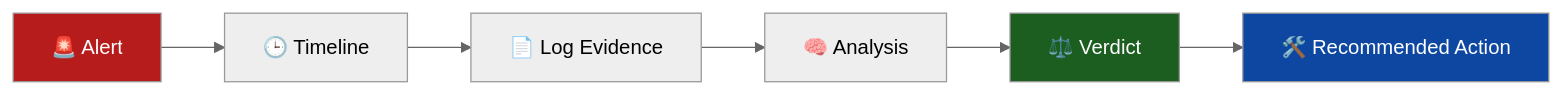
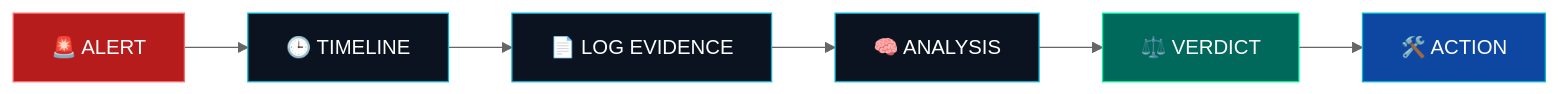
The diagram in README.md (adiiitya01/adiiitya01), drawn with Mermaid (neutral theme) before and after one commit. The commit also changed other lines of this file, not shown here.

````diff
--- a/README.md
+++ b/README.md
@@ -53,11 +86,14 @@
 ```mermaid
 flowchart LR
-    A[🚨 Alert] --> B[🕒 Timeline]
-    B --> C[📄 Log Evidence]
-    C --> D[🧠 Analysis]
-    D --> E[⚖️ Verdict]
-    E --> F[🛠️ Recommended Action]
-    style A fill:#b71c1c,color:#fff
-    style E fill:#1b5e20,color:#fff
-    style F fill:#0d47a1,color:#fff
+    A["🚨 ALERT"] --> B["🕒 TIMELINE"]
+    B --> C["📄 LOG EVIDENCE"]
+    C --> D["🧠 ANALYSIS"]
+    D --> E["⚖️ VERDICT"]
+    E --> F["🛠️ ACTION"]
+    style A fill:#b71c1c,stroke:#ff6b6b,color:#fff
+    style B fill:#0b1220,stroke:#00b8d9,color:#fff
+    style C fill:#0b1220,stroke:#00b8d9,color:#fff
+    style D fill:#0b1220,stroke:#00b8d9,color:#fff
+    style E fill:#00695c,stroke:#00f5a0,color:#fff
+    style F fill:#0d47a1,stroke:#00b8d9,color:#fff
 ```
````
